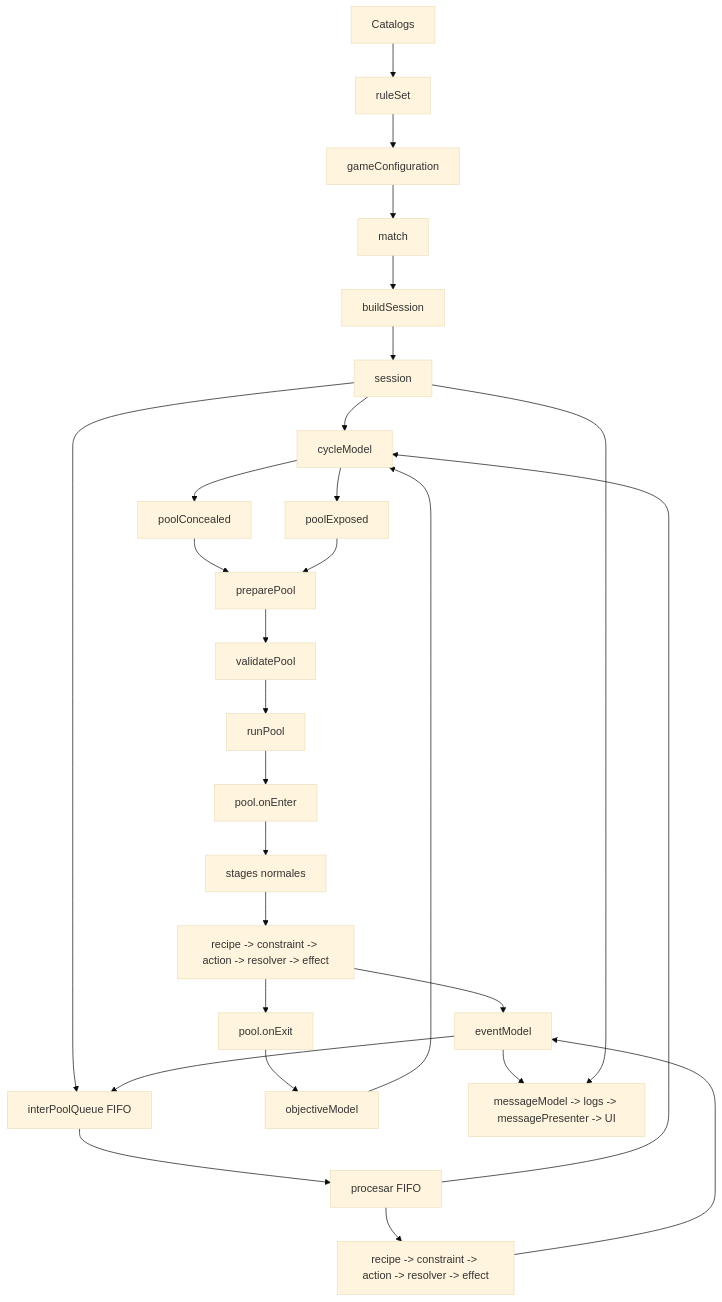
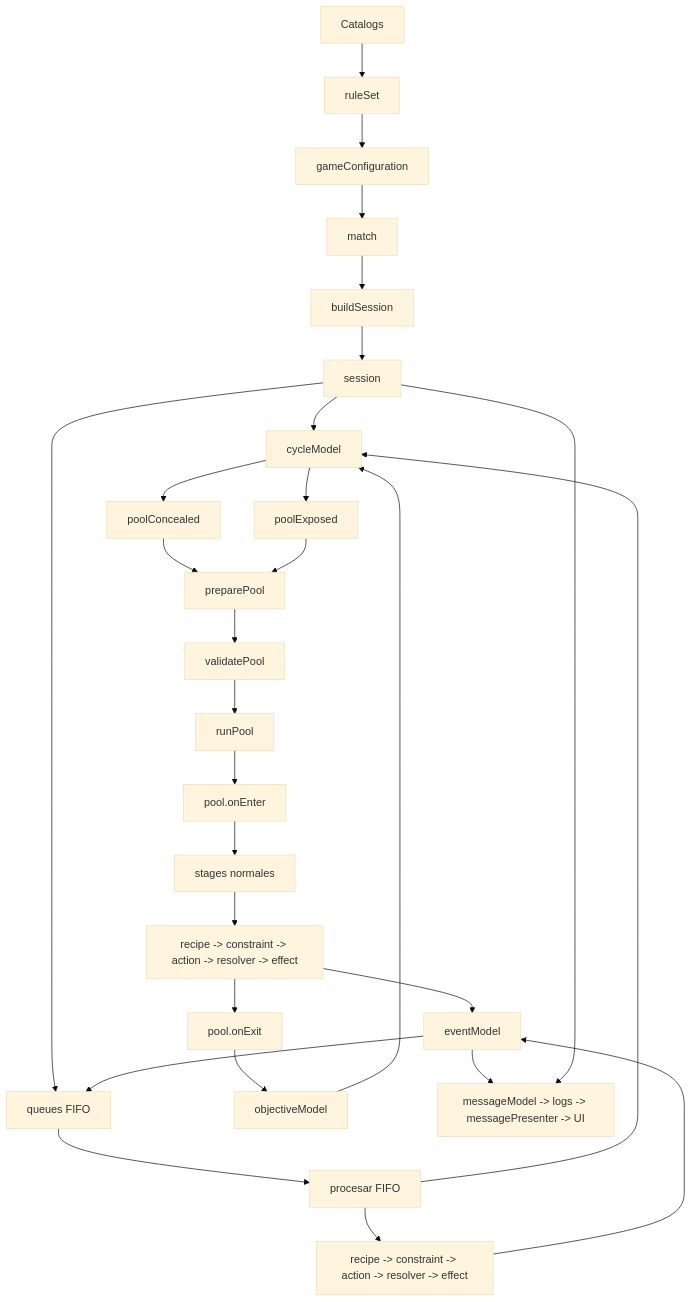
Before and after one commit to juanramonmorandeira/castronegro-director: the diagram in docs/domain_architecture.md, drawn with Mermaid (base theme). The commit also changed other lines of this file and 50 other files, not shown here.

Commit message:
Catalog pools and inter-pool queues

````diff
--- a/docs/domain_architecture.md
+++ b/docs/domain_architecture.md
@@ -20,53 +20,53 @@
 ```mermaid
 flowchart TD
   CATALOGS["Catalogs"]
   RULESET["ruleSet"]
   CONFIG["gameConfiguration"]
   MATCH["match"]
   BUILD["buildSession"]
   SESSION["session"]
   CYCLE["cycleModel"]
-  SPECIAL["interPoolQueue FIFO"]
+  QUEUES["queues FIFO"]
   CONCEALED["poolConcealed"]
   EXPOSED["poolExposed"]
   PREPARE["preparePool"]
   VALIDATE["validatePool"]
   RUN["runPool"]
   ENTER["pool.onEnter"]
   STAGES["stages normales"]
   EXIT["pool.onExit"]
   SPECIAL_RUN["procesar FIFO"]
   NORMAL_PIPELINE["recipe -> constraint -> action -> resolver -> effect"]
   SPECIAL_PIPELINE["recipe -> constraint -> action -> resolver -> effect"]
   EVENTS["eventModel"]
   OBJECTIVES["objectiveModel"]
   MESSAGES["messageModel -> logs -> messagePresenter -> UI"]
 
   CATALOGS --> RULESET
   RULESET --> CONFIG
   CONFIG --> MATCH
   MATCH --> BUILD
   BUILD --> SESSION
   SESSION --> CYCLE
-  SESSION --> SPECIAL
+  SESSION --> QUEUES
   CYCLE --> CONCEALED
   CYCLE --> EXPOSED
   CONCEALED --> PREPARE
   EXPOSED --> PREPARE
   PREPARE --> VALIDATE
   VALIDATE --> RUN
   RUN --> ENTER
   ENTER --> STAGES
   STAGES --> NORMAL_PIPELINE
   NORMAL_PIPELINE --> EVENTS
-  EVENTS --> SPECIAL
+  EVENTS --> QUEUES
   EVENTS --> MESSAGES
-  SPECIAL --> SPECIAL_RUN
+  QUEUES --> SPECIAL_RUN
   SPECIAL_RUN --> SPECIAL_PIPELINE
   SPECIAL_PIPELINE --> EVENTS
   SPECIAL_RUN --> CYCLE
   NORMAL_PIPELINE --> EXIT
   EXIT --> OBJECTIVES
   OBJECTIVES --> CYCLE
   SESSION --> MESSAGES
 ```
````
